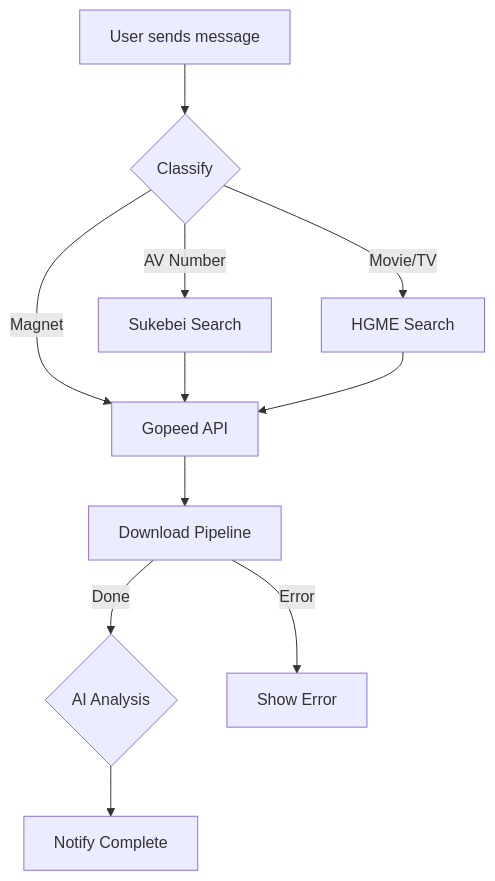
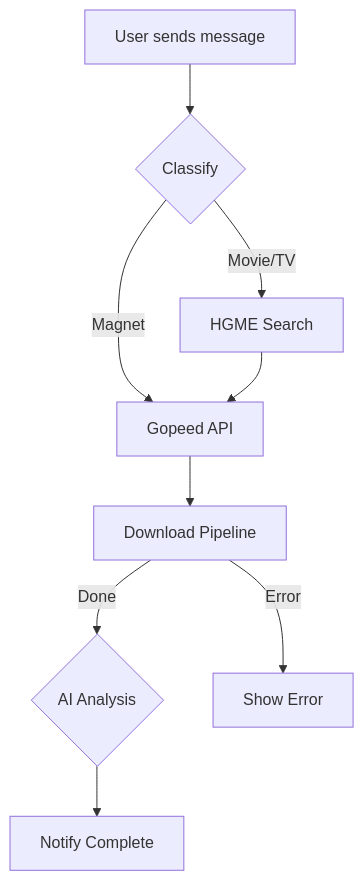
One commit to tianxia3111/tg-download-bot changed the diagram in README.md. Above: the diagram before and after it, drawn with Mermaid. The commit also changed other lines of this file, not shown here.

````diff
--- a/README.md
+++ b/README.md
@@ -7,23 +7,20 @@
 ```mermaid
 flowchart TD
     U[User sends message]
     C{Classify}
     GP[Gopeed API]
-    SV[Sukebei Search]
     HG[HGME Search]
     DL[Download Pipeline]
     AI{AI Analysis}
     OK[Notify Complete]
     ER[Show Error]
 
     U --> C
     C -->|Magnet| GP
-    C -->|AV Number| SV
     C -->|Movie/TV| HG
-    SV --> GP
     HG --> GP
     GP --> DL
     DL -->|Done| AI
     DL -->|Error| ER
     AI --> OK
 ```
````
